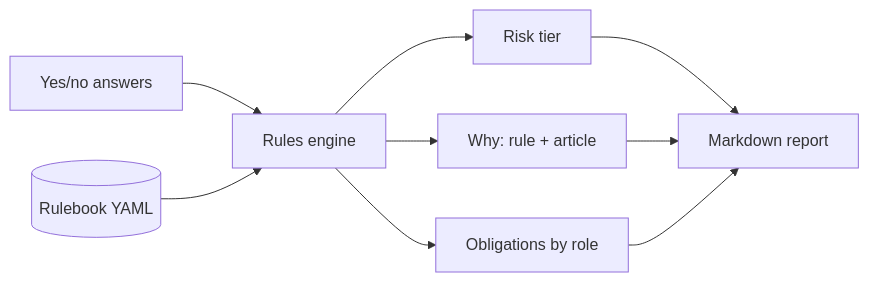
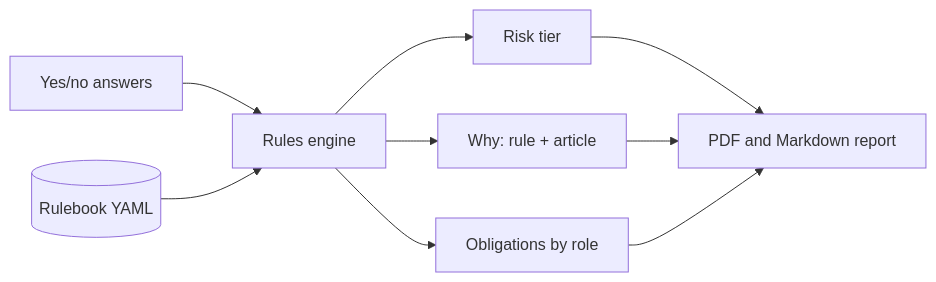
One commit to gifmaster/ai-act-risk-check changed the diagram in README.md. Above: the diagram before and after it, drawn with Mermaid. The commit also changed other lines of this file and 12 other files, not shown here.

First line of the commit message:
PDF download for the report (#2)

````diff
--- a/README.md
+++ b/README.md
@@ -58,9 +58,9 @@
 ```mermaid
 flowchart LR
     Q[Yes/no answers] --> E[Rules engine]
     R[(Rulebook YAML)] --> E
     E --> T[Risk tier]
     E --> W[Why: rule + article]
     E --> O[Obligations by role]
-    T & W & O --> M[Markdown report]
+    T & W & O --> M[PDF and Markdown report]
 ```
````
